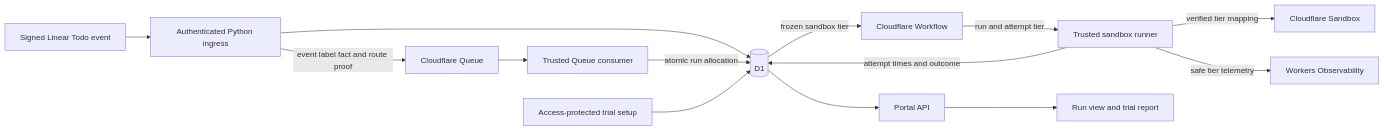
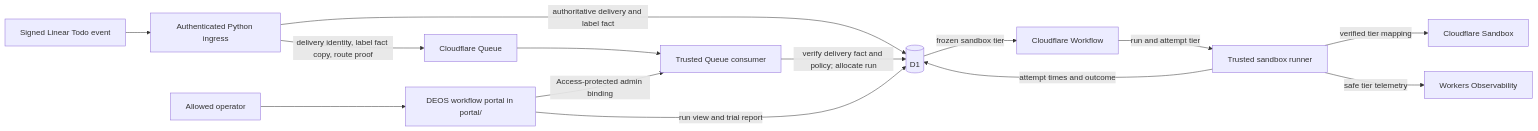
The diagram in openspec/changes/sac-171/design.md (sachinkundu/deos), drawn with Mermaid before and after one commit. The commit also changed other lines of this file, not shown here.

Commit message:
DEOS planning manifest workflow:2a653831-c1ec-4db7-972a-d0d08ac0a3d8:e186f008-5b59-4f5e-bb59-280519c9ae60:run:1:system_action:publish_design_response:github.publish_design_candidate:9d0eaffd8dc9264309fc0fd3bca97945669c43d858daf97f0c74ba725bbce5b6:17

````diff
--- a/openspec/changes/sac-171/design.md
+++ b/openspec/changes/sac-171/design.md
@@ -39,16 +41,16 @@
 ```mermaid
 flowchart LR
     L[Signed Linear Todo event] --> I[Authenticated Python ingress]
-    I -->|event label fact and route proof| Q[Cloudflare Queue]
-    I --> D[(D1)]
+    I -->|delivery identity, label fact copy, route proof| Q[Cloudflare Queue]
+    I -->|authoritative delivery and label fact| D[(D1)]
     Q --> C[Trusted Queue consumer]
-    C -->|atomic run allocation| D
+    C -->|verify delivery fact and policy; allocate run| D
     D -->|frozen sandbox tier| W[Cloudflare Workflow]
     W -->|run and attempt tier| R[Trusted sandbox runner]
     R -->|verified tier mapping| S[Cloudflare Sandbox]
     R -->|attempt times and outcome| D
     R -->|safe tier telemetry| O[Workers Observability]
-    T[Access-protected trial setup] --> D
-    D --> A[Portal API]
-    A --> P[Run view and trial report]
+    U[Allowed operator] --> P[DEOS workflow portal in portal/]
+    P -->|Access-protected admin binding| C
+    P -->|run view and trial report| D
 ```
````
